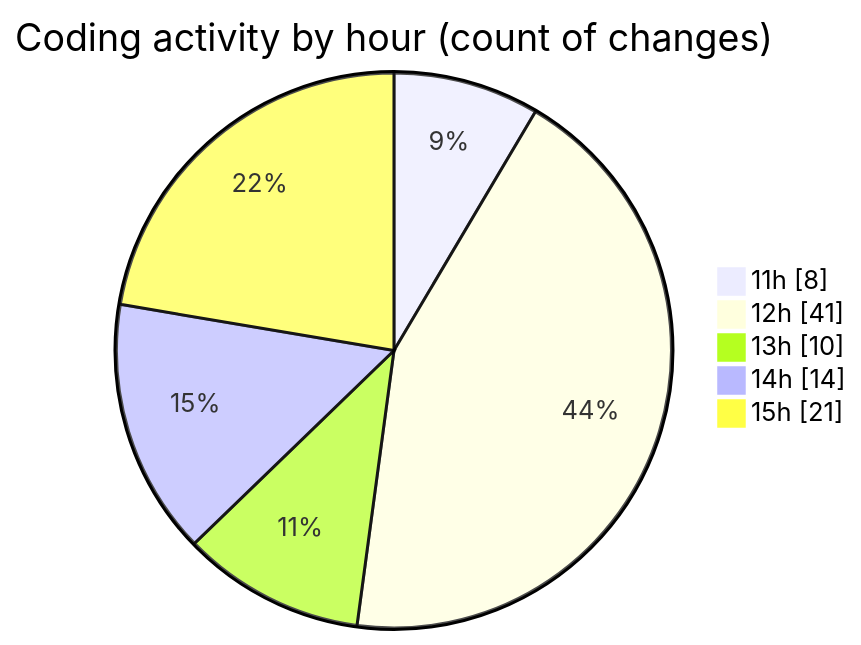
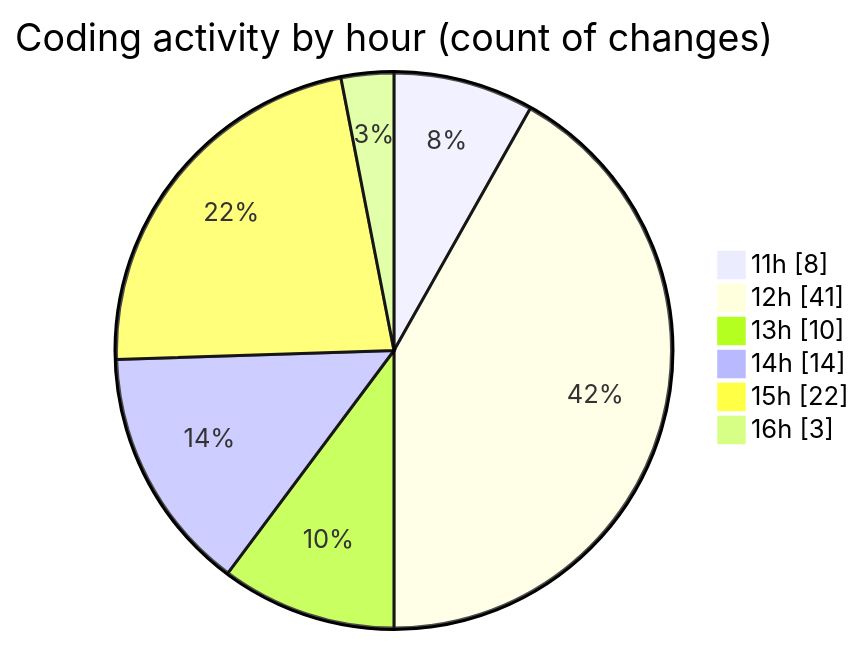
The second of 2 diagrams in 2025-05-04/project/README.md (BS-eng2023/code-tracking), drawn with Mermaid before and after one commit. The commit also changed other lines of this file and 1 other file, not shown here.

````diff
--- a/2025-05-04/project/README.md
+++ b/2025-05-04/project/README.md
@@ -50,9 +51,10 @@
 ```mermaid
 pie showData
 title Coding activity by hour (count of changes)
 "11h" : 8
 "12h" : 41
 "13h" : 10
 "14h" : 14
-"15h" : 21
+"15h" : 22
+"16h" : 3
 ```
````
